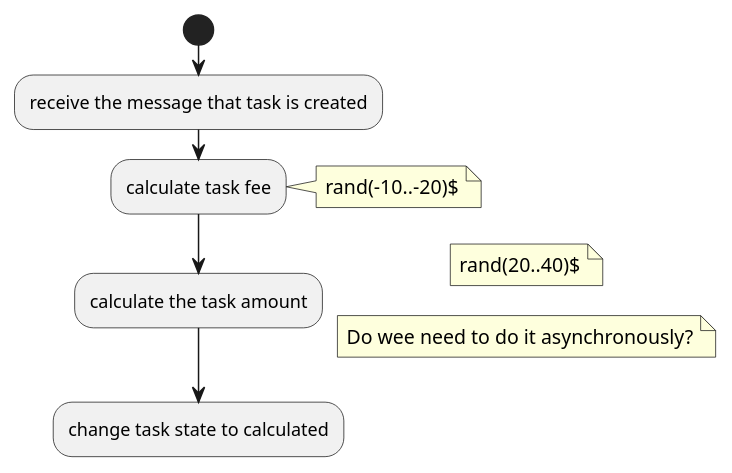
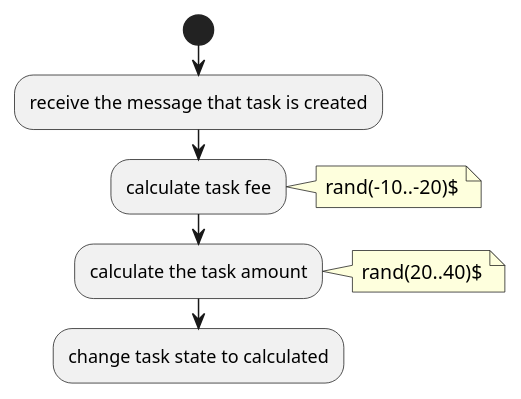
One commit to ximyro/async_architecture_course changed the third of 5 diagrams in diagrams/audit_log_message_handlers.plantuml. Above: the diagram before and after it, drawn with PlantUML. The commit also changed other lines of this file and 5 other files, not shown here.

```diff
--- a/diagrams/audit_log_message_handlers.plantuml
+++ b/diagrams/audit_log_message_handlers.plantuml
@@ -25,16 +25,13 @@
 @startuml Handle Async audit log message(task created)
     start
     :receive the message that task is created;
     :calculate task fee;
     note right
         rand(-10..-20)$
     end note
     :calculate the task amount;
     note right
         rand(20..40)$
     end note
-    note right
-        Do wee need to do it asynchronously?
-    end note
     :change task state to calculated;
 @enduml
```
